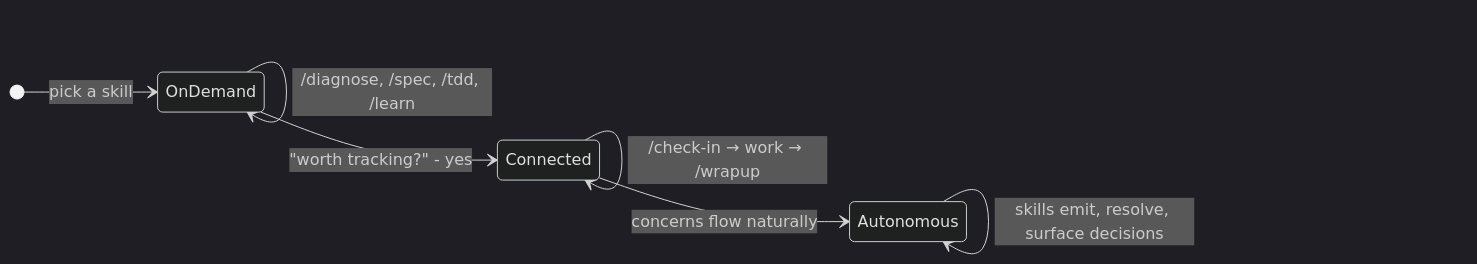
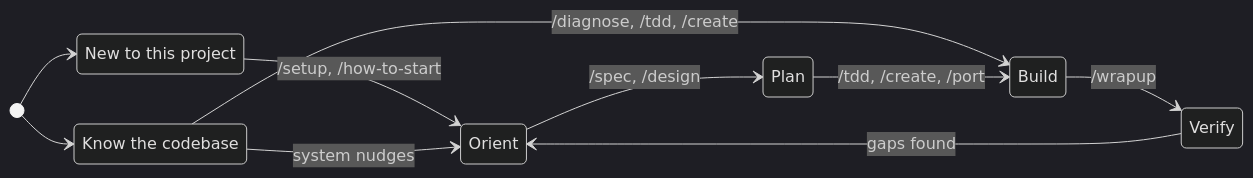
One commit to Max-Zhuuu/waypoint-skills changed the diagram in README.md. Above: the diagram before and after it, drawn with Mermaid (dark theme). The commit also changed other lines of this file and 1 other file, not shown here.

````diff
--- a/README.md
+++ b/README.md
@@ -89,10 +96,25 @@
 ```mermaid
 stateDiagram-v2
     direction LR
-    [*] --> OnDemand : pick a skill
-    OnDemand --> OnDemand : /diagnose, /spec, /tdd, /learn
-    OnDemand --> Connected : "worth tracking?" - yes
-    Connected --> Connected : /check-in → work → /wrapup
-    Connected --> Autonomous : concerns flow naturally
-    Autonomous --> Autonomous : skills emit, resolve, surface decisions
+
+    state "New to this project" as new
+    state "Know the codebase" as exp
+
+    state "Orient" as orient
+    state "Plan" as plan
+    state "Build" as build
+    state "Verify" as verify
+
+    [*] --> new
+    [*] --> exp
+
+    new --> orient : /setup, /how-to-start
+    exp --> build : /diagnose, /tdd, /create
+
+    orient --> plan : /spec, /design
+    plan --> build : /tdd, /create, /port
+    build --> verify : /wrapup
+    verify --> orient : gaps found
+
+    exp --> orient : system nudges
 ```
````
